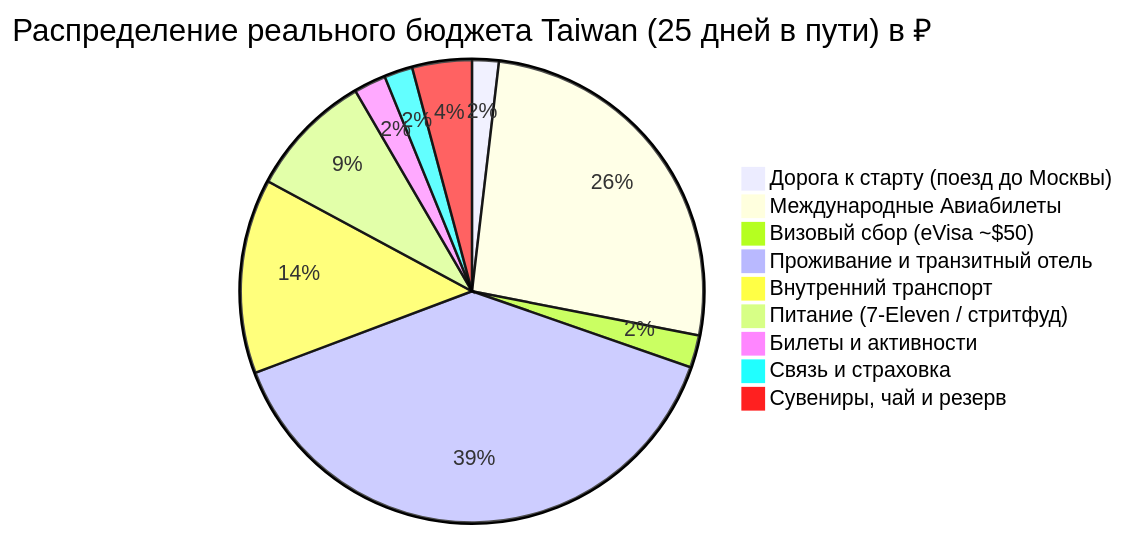
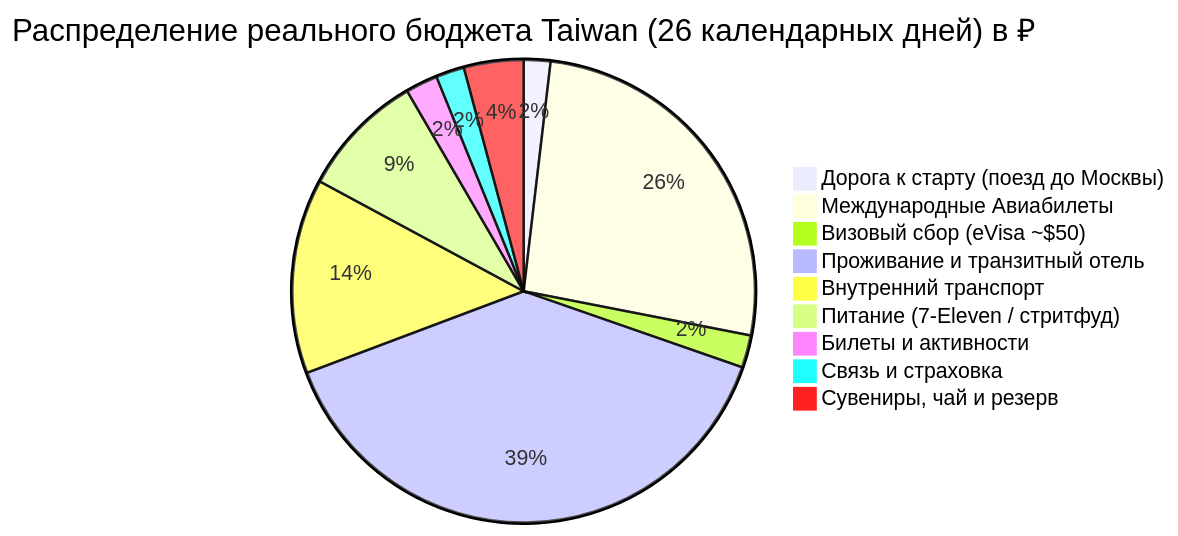
Before and after one commit to injurka/obsidian-mark: the diagram in Personal Note/Travel/-- Taiwan/04 - Финансы/Финансы.md, drawn with Mermaid. The commit also changed other lines of this file and 54 other files, not shown here.

````diff
--- a/Personal Note/Travel/-- Taiwan/04 - Финансы/Финансы.md
+++ b/Personal Note/Travel/-- Taiwan/04 - Финансы/Финансы.md
@@ -14,12 +14,12 @@
 ```mermaid
-pie title Распределение реального бюджета Taiwan (25 дней в пути) в ₽
+pie title Распределение реального бюджета Taiwan (26 календарных дней) в ₽
     "Дорога к старту (поезд до Москвы)" : 3942
     "Международные Авиабилеты" : 55412
     "Визовый сбор (eVisa ~$50)" : 4800
     "Проживание и транзитный отель" : 82357
     "Внутренний транспорт" : 28755
     "Питание (7-Eleven / стритфуд)" : 18500
     "Билеты и активности" : 4740
     "Связь и страховка" : 4200
     "Сувениры, чай и резерв" : 8800
 ```
````
